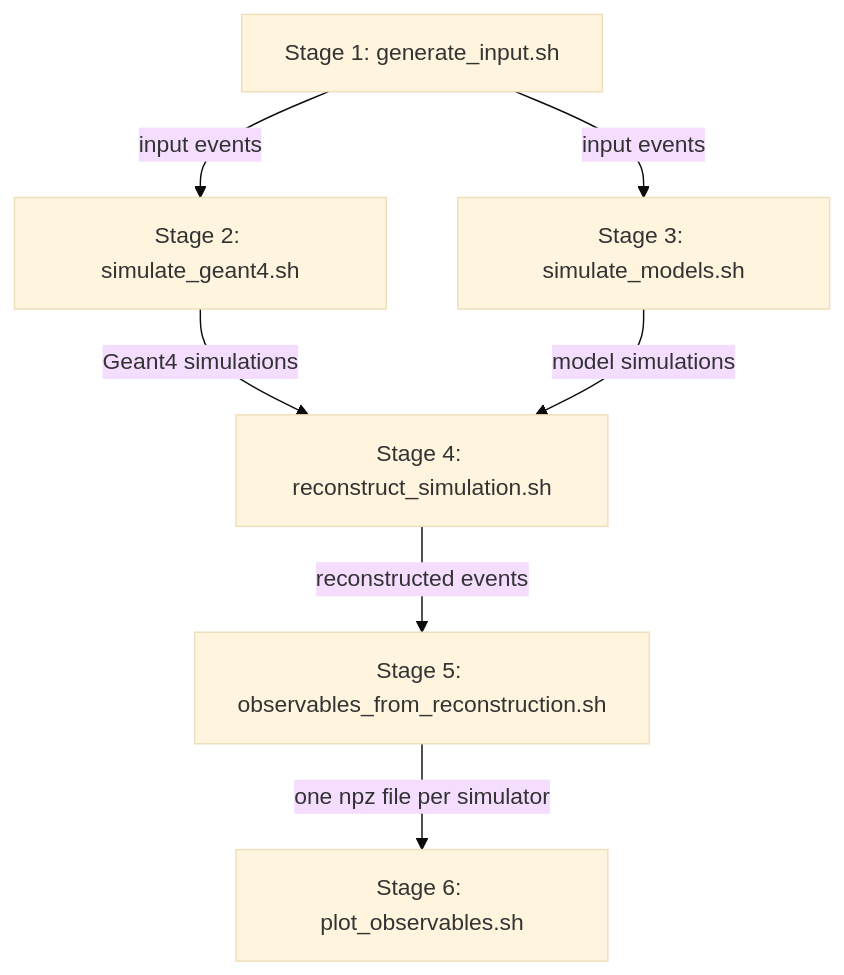
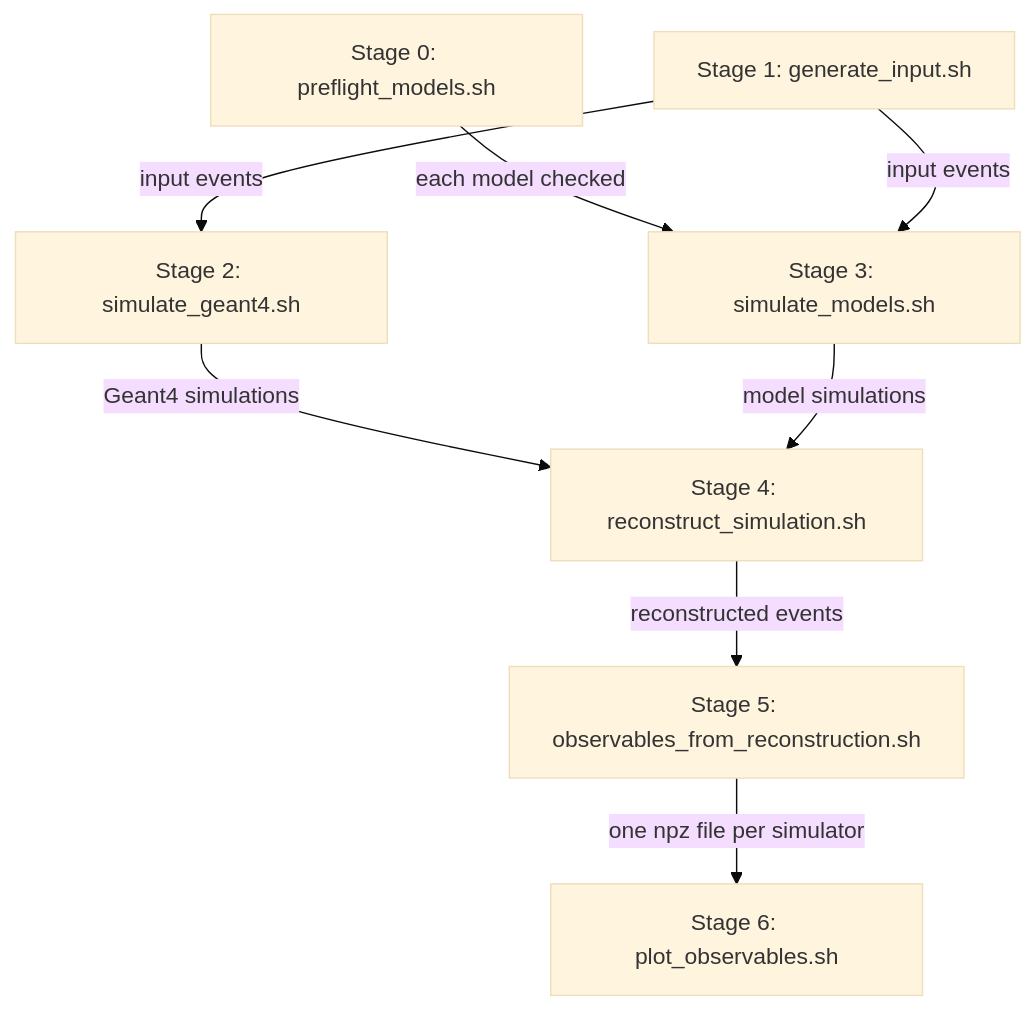
The diagram in README.md (HenryDayHall/FaSiNaTe), drawn with Mermaid (base theme) before and after one commit. The commit also changed other lines of this file and 35 other files, not shown here.

First line of the commit message:
Check each model before it is simulated: the preflight stage

````diff
--- a/README.md
+++ b/README.md
@@ -108,16 +110,18 @@
 ```mermaid
 flowchart TD
+    pre["Stage 0: preflight_models.sh"]
     gen["Stage 1: generate_input.sh"]
     g4["Stage 2: simulate_geant4.sh"]
     ml["Stage 3: simulate_models.sh"]
     reco["Stage 4: reconstruct_simulation.sh"]
     obs["Stage 5: observables_from_reconstruction.sh"]
     plot["Stage 6: plot_observables.sh"]
 
+    pre -->|each model checked| ml
     gen -->|input events| g4
     gen -->|input events| ml
     g4 -->|Geant4 simulations| reco
     ml -->|model simulations| reco
     reco -->|reconstructed events| obs
     obs -->|one npz file per simulator| plot
 ```
````
